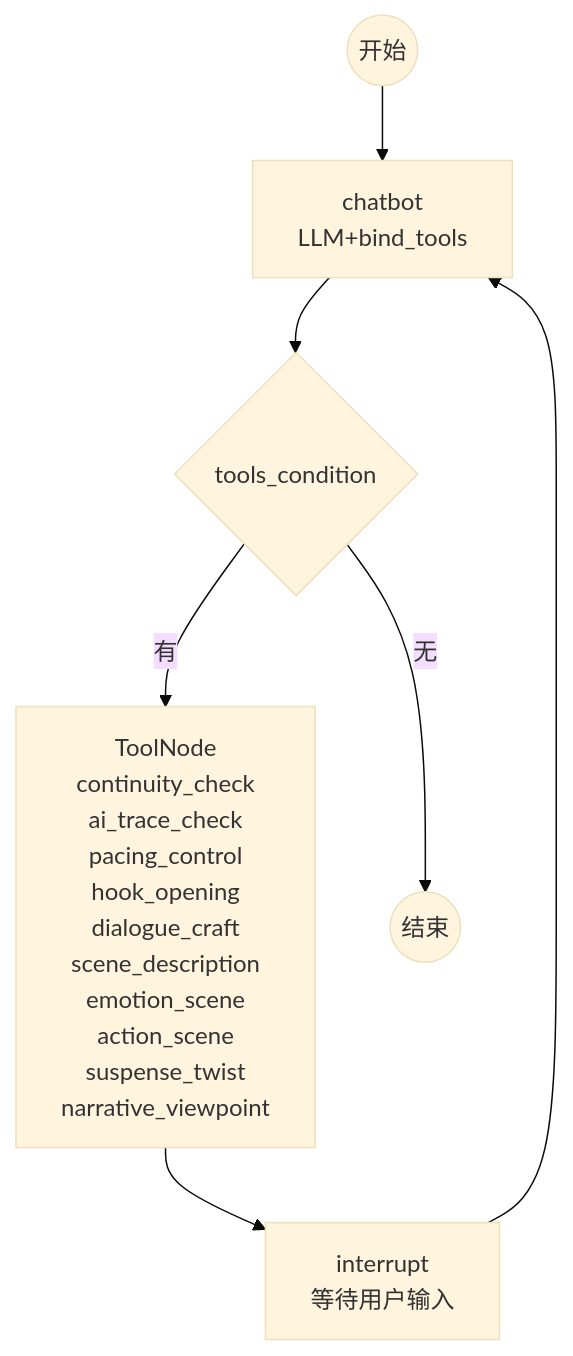
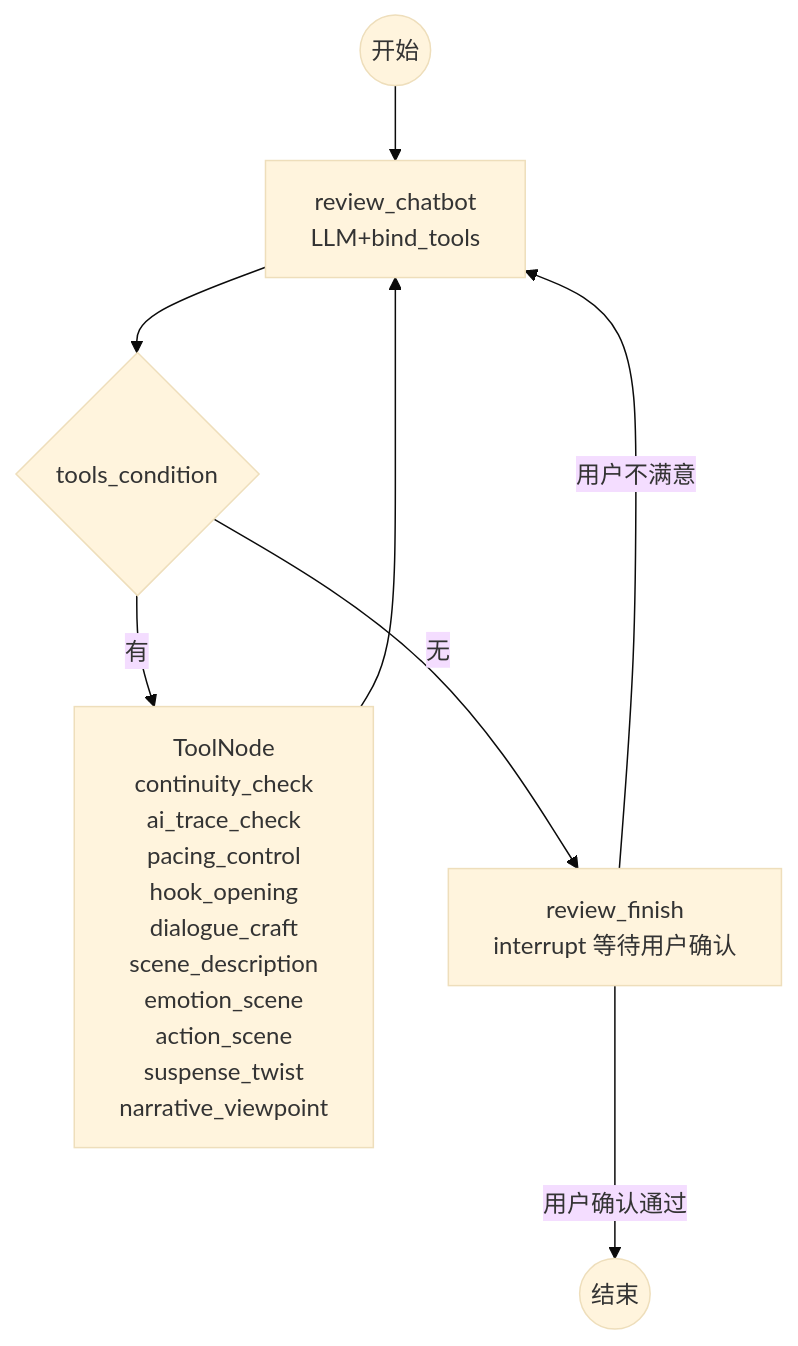
The diagram in langgraph-writer/docs/subgraph_审稿.mmd (30998772/novelist), drawn with Mermaid (base theme) before and after one commit. The commit also changed 30 other files, not shown here.

```diff
--- a/langgraph-writer/docs/subgraph_审稿.mmd
+++ b/langgraph-writer/docs/subgraph_审稿.mmd
@@ -1,7 +1,8 @@
 graph TB
-    START((开始)) --> CHATBOT["chatbot<br/>LLM+bind_tools"]
+    START((开始)) --> CHATBOT["review_chatbot<br/>LLM+bind_tools"]
     CHATBOT --> TC{"tools_condition"}
     TC -- "有" --> TOOLS["ToolNode<br/>continuity_check<br/>ai_trace_check<br/>pacing_control<br/>hook_opening<br/>dialogue_craft<br/>scene_description<br/>emotion_scene<br/>action_scene<br/>suspense_twist<br/>narrative_viewpoint"]
-    TC -- "无" --> END((结束))
-    TOOLS --> INTERRUPT["interrupt<br/>等待用户输入"]
-    INTERRUPT --> CHATBOT
+    TC -- "无" --> FINISH["review_finish<br/>interrupt 等待用户确认"]
+    TOOLS --> CHATBOT
+    FINISH -- "用户确认通过" --> END((结束))
+    FINISH -- "用户不满意" --> CHATBOT
```
